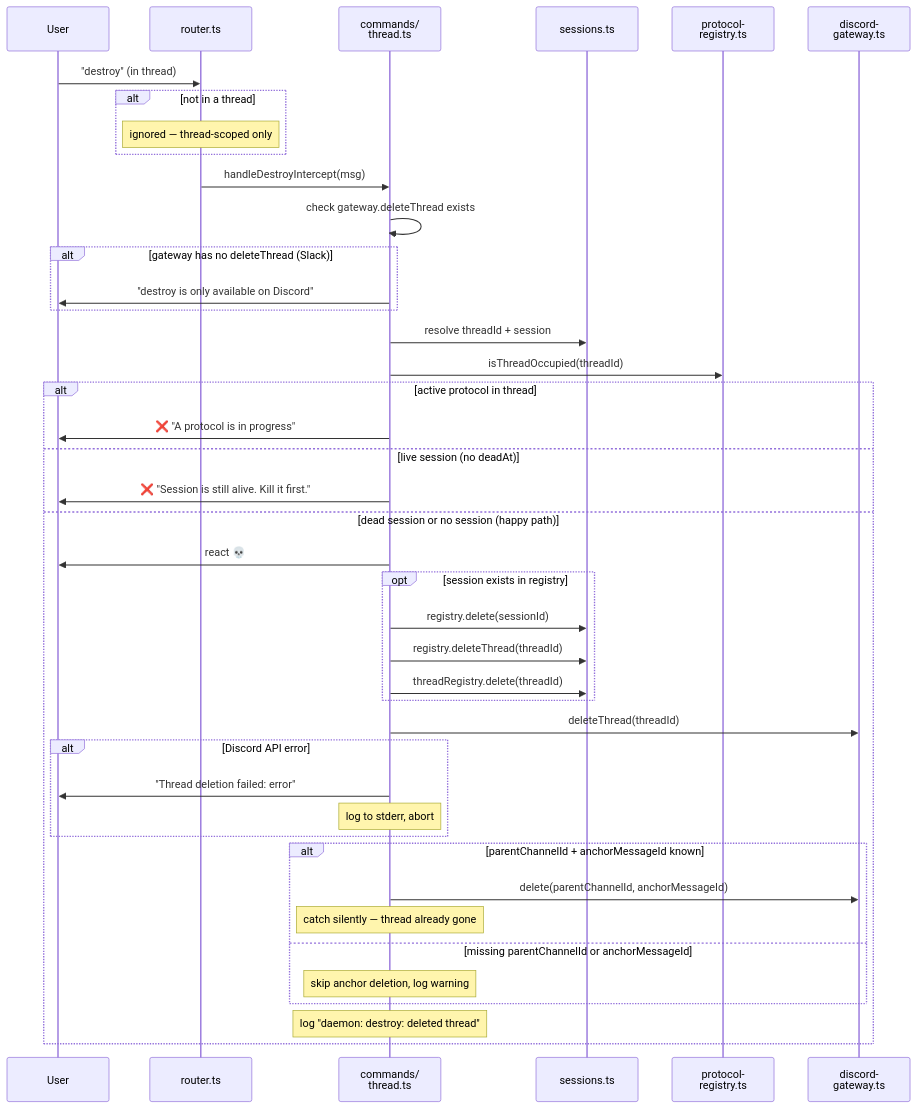
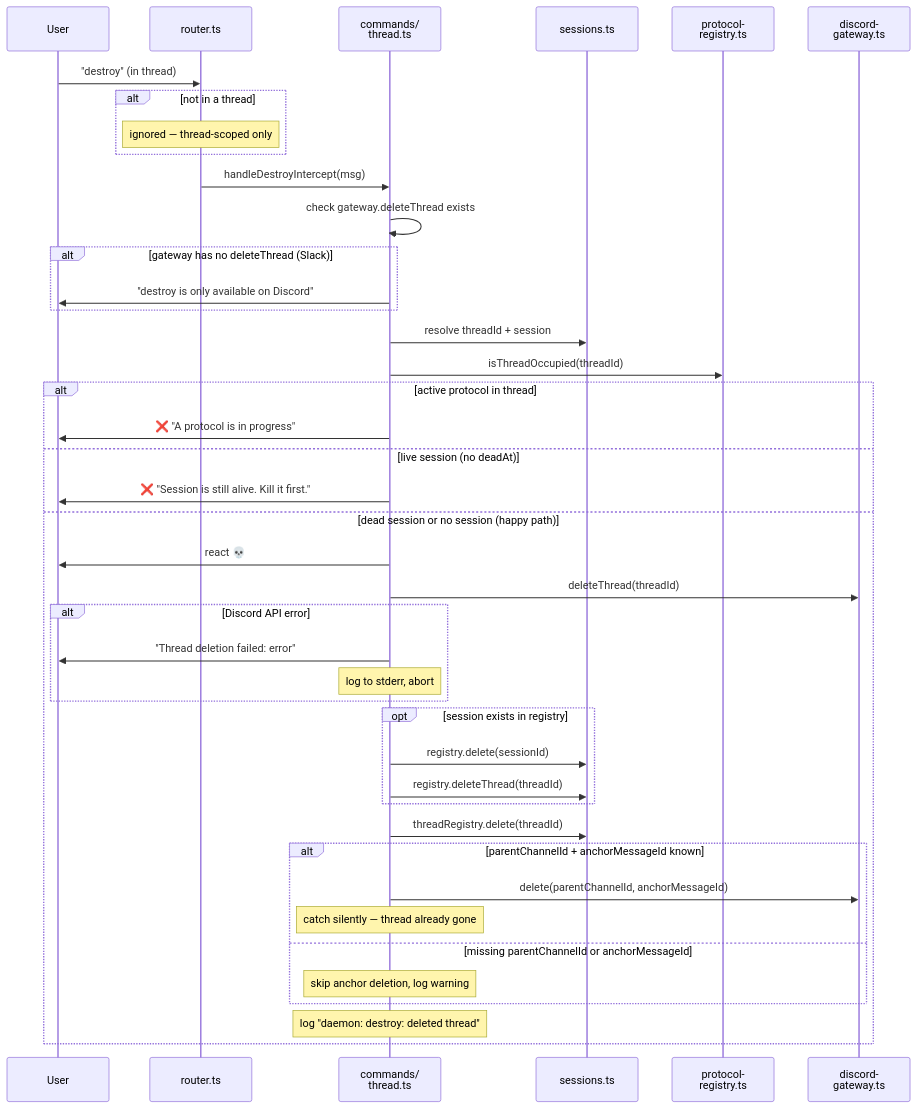
Before and after one commit to sf8193/hydra: the diagram in diagrams/flow-destroy.mmd, drawn with Mermaid. The commit also changed 2 other files, not shown here.

Commit message:
fix: API call before registry cleanup + diagram accuracy
Reordered destroy handler: deleteThread API call happens BEFORE registry
cleanup. If the API fails, the registry stays intact — no phantom threads.
Diagram updated to match: API first, then cleanup with threadRegistry.delete
outside the session guard.

```diff
--- a/diagrams/flow-destroy.mmd
+++ b/diagrams/flow-destroy.mmd
@@ -1,55 +1,55 @@
 %% Destroy — permanently delete a thread and its anchor message
 %% Discord-only. Requires no live session and no active protocol.
 
 sequenceDiagram
     participant user as User
     participant router as router.ts
     participant handler as commands/<br/>thread.ts
     participant registry as sessions.ts
     participant protocol as protocol-<br/>registry.ts
     participant gateway as discord-<br/>gateway.ts
 
     user->>router: "destroy" (in thread)
 
     alt not in a thread
         Note over router: ignored — thread-scoped only
     end
 
     router->>handler: handleDestroyIntercept(msg)
 
     handler->>handler: check gateway.deleteThread exists
     alt gateway has no deleteThread (Slack)
         handler->>user: "destroy is only available on Discord"
     end
 
     handler->>registry: resolve threadId + session
     handler->>protocol: isThreadOccupied(threadId)
 
     alt active protocol in thread
         handler->>user: ❌ "A protocol is in progress"
     else live session (no deadAt)
         handler->>user: ❌ "Session is still alive. Kill it first."
     else dead session or no session (happy path)
         handler->>user: react 💀
 
-        opt session exists in registry
-            handler->>registry: registry.delete(sessionId)
-            handler->>registry: registry.deleteThread(threadId)
-            handler->>registry: threadRegistry.delete(threadId)
-        end
-
         handler->>gateway: deleteThread(threadId)
         alt Discord API error
             handler->>user: "Thread deletion failed: error"
             Note over handler: log to stderr, abort
         end
+
+        opt session exists in registry
+            handler->>registry: registry.delete(sessionId)
+            handler->>registry: registry.deleteThread(threadId)
+        end
+        handler->>registry: threadRegistry.delete(threadId)
 
         alt parentChannelId + anchorMessageId known
             handler->>gateway: delete(parentChannelId, anchorMessageId)
             Note over handler: catch silently — thread already gone
         else missing parentChannelId or anchorMessageId
             Note over handler: skip anchor deletion, log warning
         end
 
         Note over handler: log "daemon: destroy: deleted thread"
     end
```
